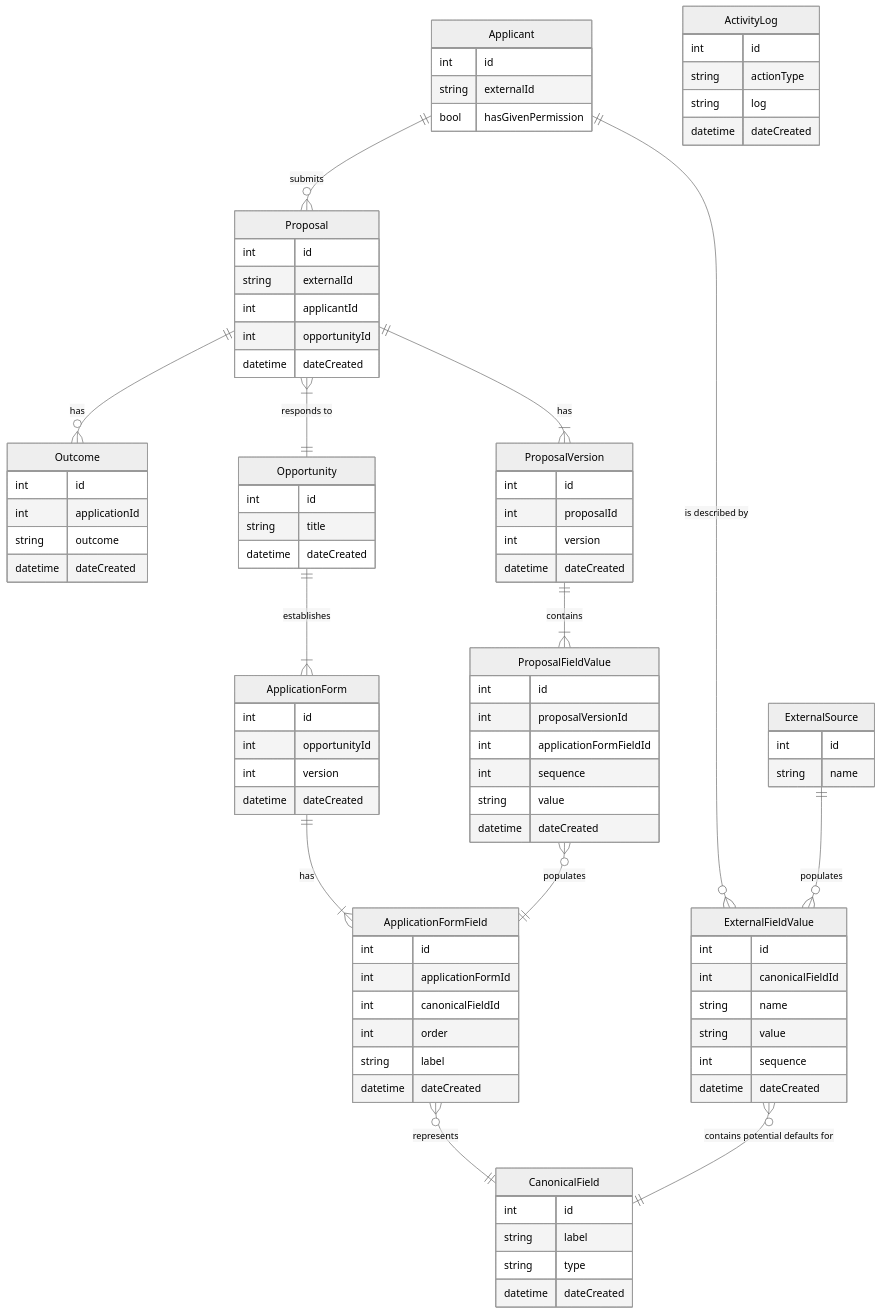
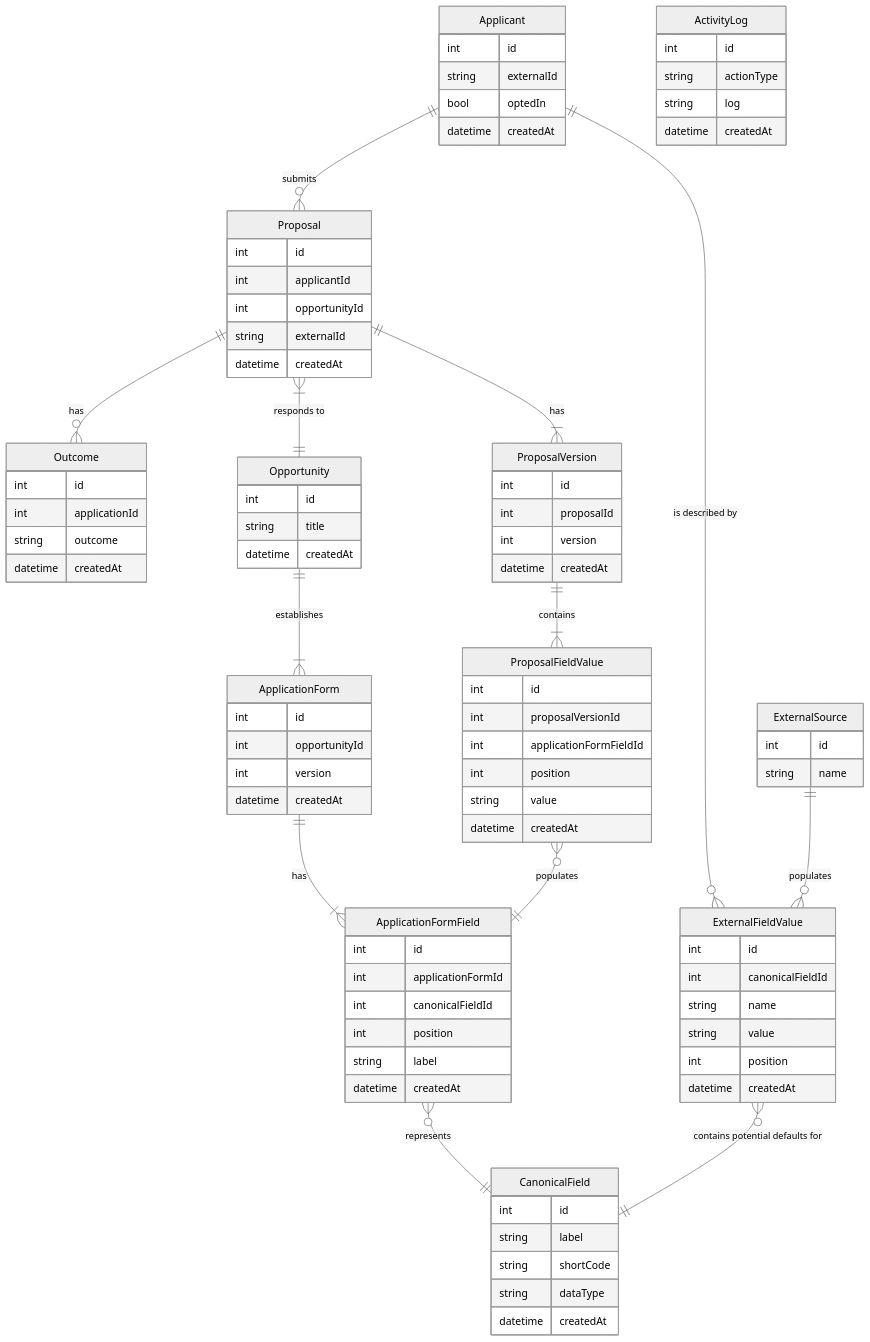
The first of 4 diagrams in docs/ENTITY_RELATIONSHIP_DIAGRAM.md (PhilanthropyDataCommons/service), drawn with Mermaid (neutral theme) before and after one commit. The commit also changed other lines of this file and 6 other files, not shown here.

First line of the commit message:
Make fields in docs, code, and schema consistent

```diff
--- a/docs/ENTITY_RELATIONSHIP_DIAGRAM.md
+++ b/docs/ENTITY_RELATIONSHIP_DIAGRAM.md
@@ -6,13 +6,15 @@
   CanonicalField {
     int id
     string label
-    string type
-    datetime dateCreated
+    string shortCode
+    string dataType
+    datetime createdAt
   }
   Applicant {
     int id
     string externalId
-    bool hasGivenPermission
+    bool optedIn
+    datetime createdAt
   }
   ExternalSource {
     int id
@@ -20,63 +22,63 @@
   }
   Proposal {
     int id
-    string externalId
     int applicantId
     int opportunityId
-    datetime dateCreated
+    string externalId
+    datetime createdAt
   }
   Outcome {
     int id
     int applicationId
     string outcome
-    datetime dateCreated
+    datetime createdAt
   }
   Opportunity {
     int id
     string title
-    datetime dateCreated
+    datetime createdAt
   }
   ApplicationForm {
     int id
     int opportunityId
     int version
-    datetime dateCreated
+    datetime createdAt
   }
   ApplicationFormField {
     int id
     int applicationFormId
     int canonicalFieldId
-    int order
+    int position
     string label
-    datetime dateCreated
+    datetime createdAt
   }
   ExternalFieldValue {
     int id
     int canonicalFieldId
     string name
     string value
-    int sequence
-    datetime dateCreated
+    int position
+    datetime createdAt
   }
   ProposalVersion {
     int id
     int proposalId
     int version
-    datetime dateCreated
+    datetime createdAt
   }
   ProposalFieldValue {
     int id
     int proposalVersionId
     int applicationFormFieldId
-    int sequence
+    int position
     string value
-    datetime dateCreated
+    datetime createdAt
   }
   ActivityLog {
     int id
     string actionType
     string log
-    datetime dateCreated
+    datetime createdAt
   }
 
   Applicant ||--o{ Proposal : submits
```
